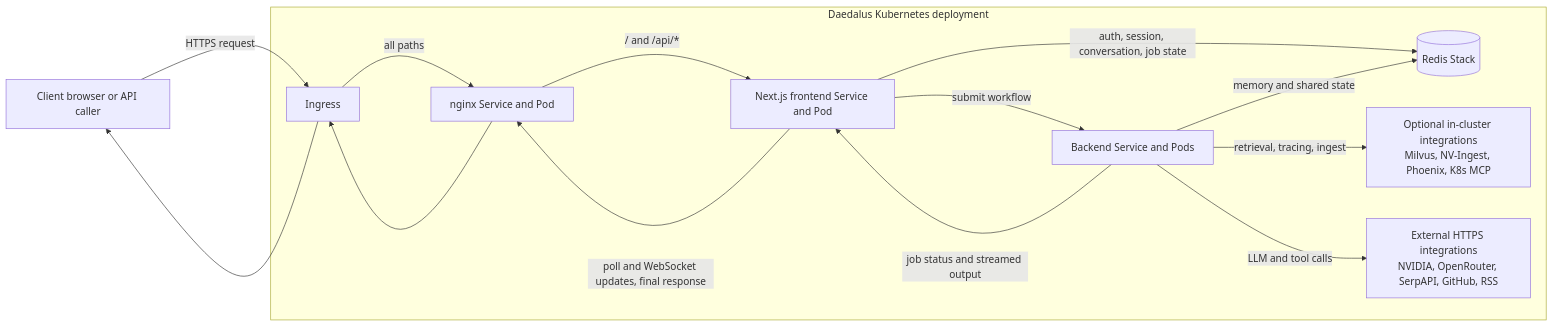
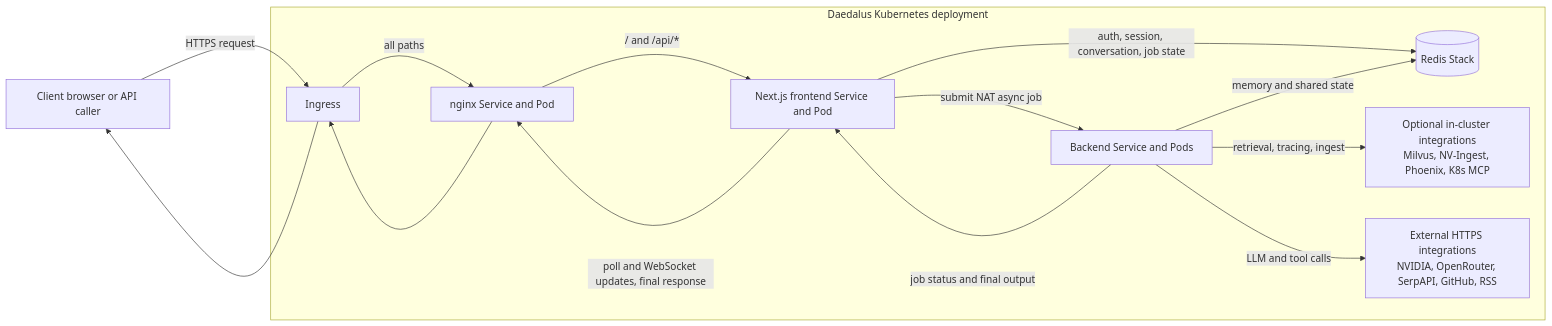
The first of 2 diagrams in README.md (tuttlebr/daedalus-agent), drawn with Mermaid before and after one commit. The commit also changed other lines of this file and 28 other files, not shown here.

Commit message:
Harden async backend deployment controls

````diff
--- a/README.md
+++ b/README.md
@@ -200,27 +206,27 @@
 ```mermaid
 flowchart LR
     Client[Client browser or API caller]
 
     subgraph Cluster[Daedalus Kubernetes deployment]
         Ingress[Ingress]
         Nginx[nginx Service and Pod]
         Frontend[Next.js frontend Service and Pod]
         Backend[Backend Service and Pods]
         Redis[(Redis Stack)]
         Integrations[Optional in-cluster integrations<br/>Milvus, NV-Ingest, Phoenix, K8s MCP]
         External[External HTTPS integrations<br/>NVIDIA, OpenRouter, SerpAPI, GitHub, RSS]
     end
 
     Client -->|HTTPS request| Ingress
     Ingress -->|all paths| Nginx
     Nginx -->|/ and /api/*| Frontend
     Frontend -->|auth, session, conversation, job state| Redis
-    Frontend -->|submit workflow| Backend
+    Frontend -->|submit NAT async job| Backend
     Backend -->|memory and shared state| Redis
     Backend -->|retrieval, tracing, ingest| Integrations
     Backend -->|LLM and tool calls| External
-    Backend -->|job status and streamed output| Frontend
+    Backend -->|job status and final output| Frontend
     Frontend -->|poll and WebSocket updates, final response| Nginx
     Nginx --> Ingress
     Ingress --> Client
 ```
````
